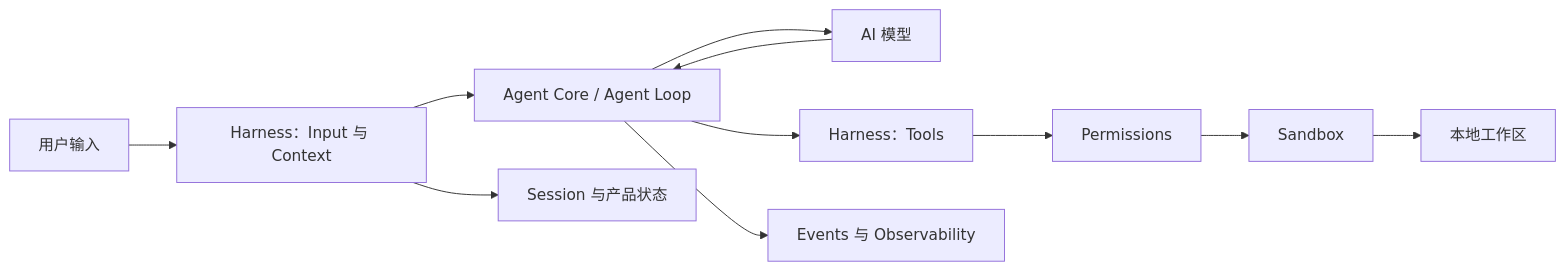
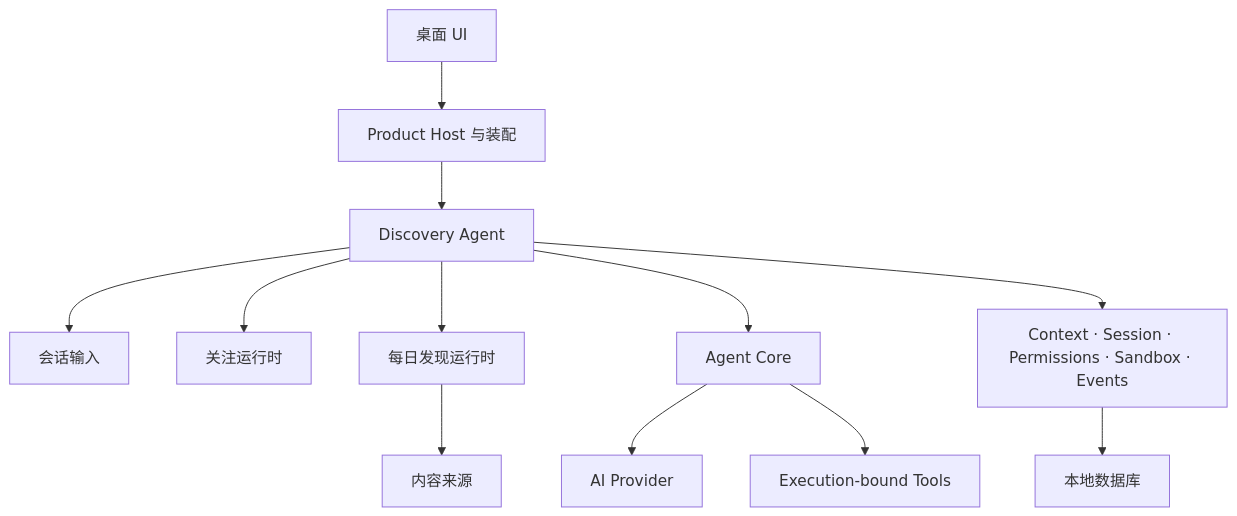
The second of 2 diagrams in README.zh-CN.md (anwen0724/megumi), drawn with Mermaid before and after one commit. The commit also changed other lines of this file and 1 other file, not shown here.

Commit message:
docs: rewrite product readme

````diff
--- a/README.zh-CN.md
+++ b/README.zh-CN.md
@@ -23,13 +103,14 @@
 ```mermaid
-flowchart LR
-    U["用户输入"] --> H["Harness：Input 与 Context"]
-    H --> E["Agent Core / Agent Loop"]
-    E --> A["AI 模型"]
-    A --> E
-    E --> T["Harness：Tools"]
-    T --> P["Permissions"]
-    P --> S["Sandbox"]
-    S --> W["本地工作区"]
-    H --> M["Session 与产品状态"]
-    E --> V["Events 与 Observability"]
+flowchart TD
+    UI["桌面 UI"] --> PH["Product Host 与装配"]
+    PH --> DA["Discovery Agent"]
+    DA --> CONV["会话输入"]
+    DA --> INT["关注运行时"]
+    DA --> DAILY["每日发现运行时"]
+    DAILY --> SRC["内容来源"]
+    DA --> CORE["Agent Core"]
+    CORE --> AI["AI Provider"]
+    CORE --> TOOLS["Execution-bound Tools"]
+    DA --> HARNESS["Context · Session · Permissions · Sandbox · Events"]
+    HARNESS --> DB["本地数据库"]
 ```
````
